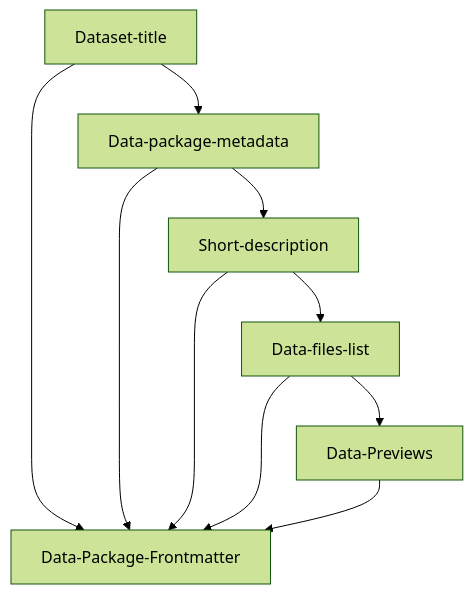
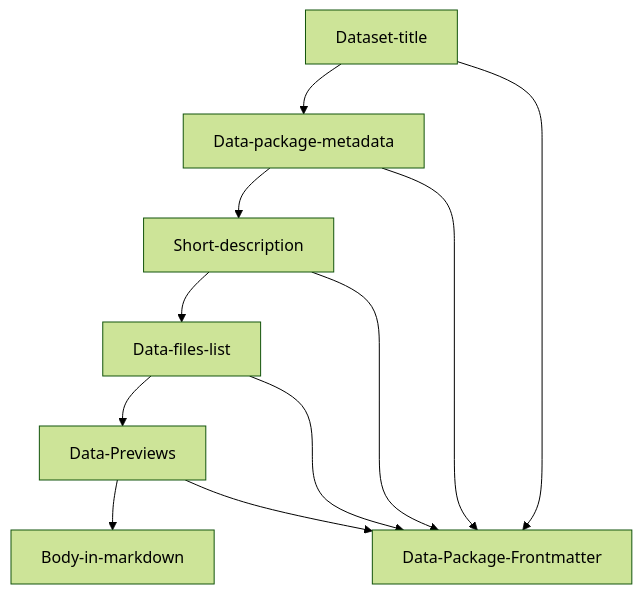
The diagram in README.md (Daniellappv/datahub-cloud-template-newest), drawn with Mermaid (forest theme) before and after one commit.

````diff
--- a/README.md
+++ b/README.md
@@ -23,12 +23,13 @@
 ```mermaid
   graph TD;
       Dataset-title-->Data-package-metadata
       Dataset-title-->Data-Package-Frontmatter
       Data-package-metadata-->Short-description;
       Data-package-metadata-->Data-Package-Frontmatter
       Short-description-->Data-files-list;
       Short-description-->Data-Package-Frontmatter
       Data-files-list-->Data-Previews;
       Data-files-list-->Data-Package-Frontmatter
+      Data-Previews-->Body-in-markdown
       Data-Previews-->Data-Package-Frontmatter
 ```
````
